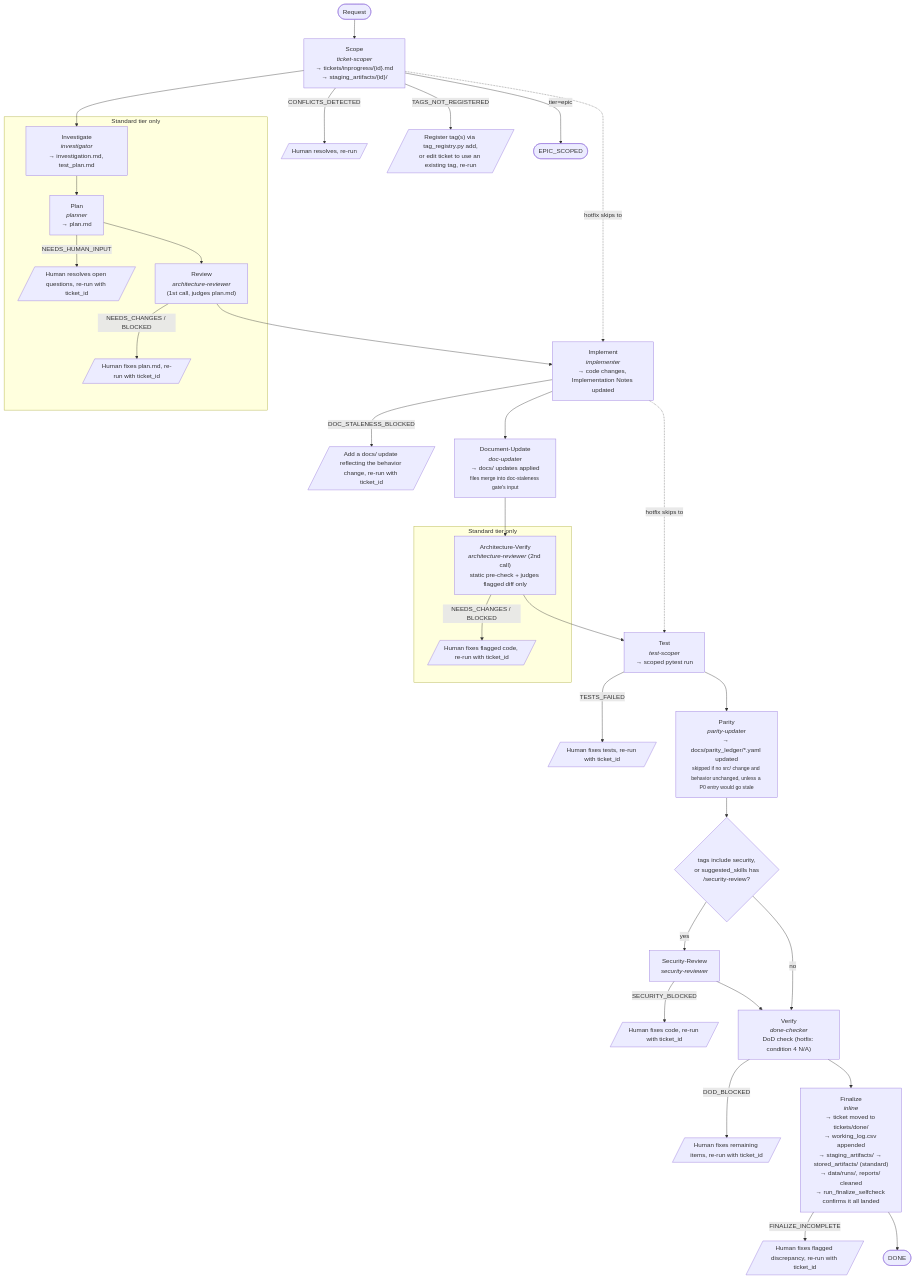
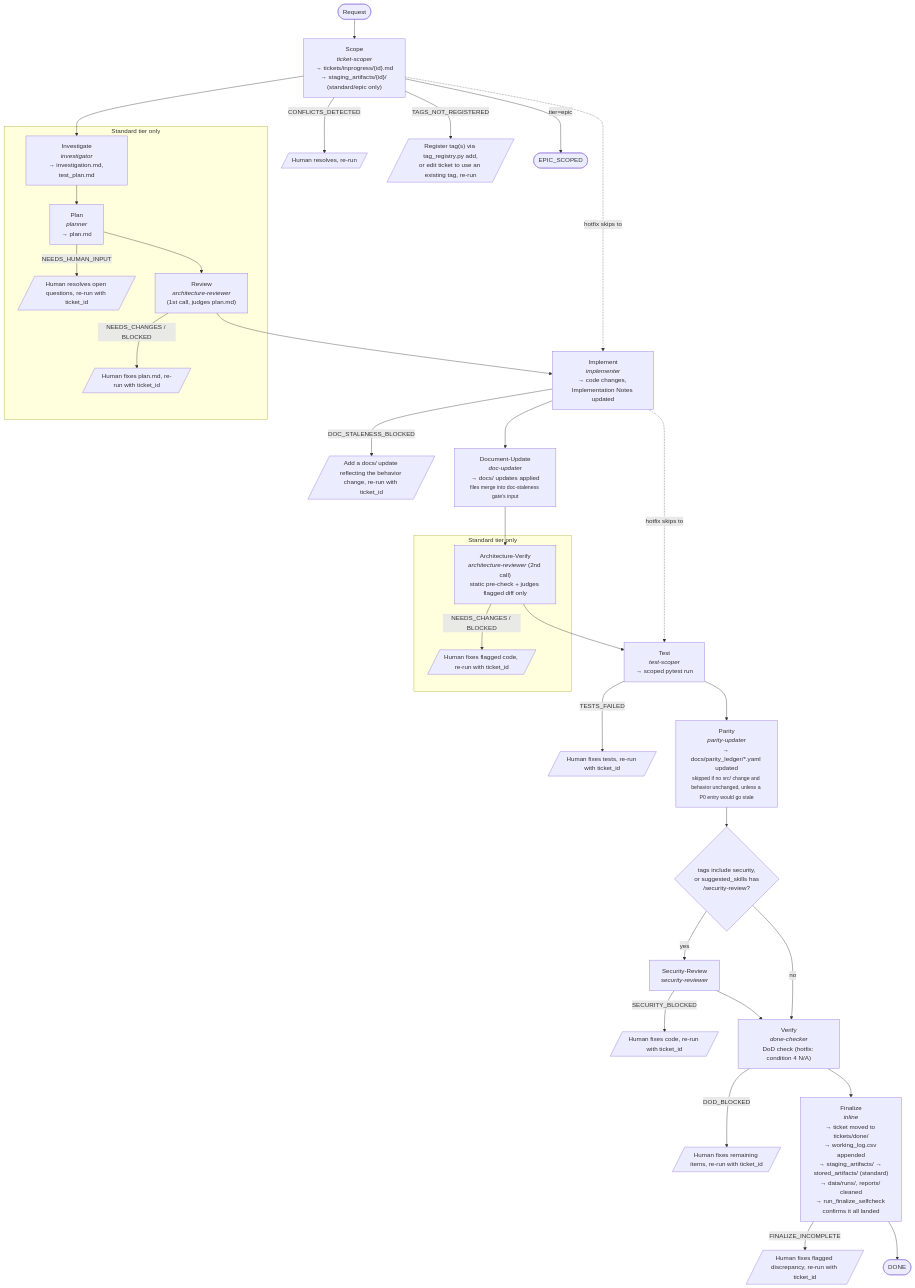
The diagram in docs/ai/ticket-lifecycle.md (ttnhan18062000/rpg-based-simulation), drawn with Mermaid before and after one commit. The commit also changed other lines of this file and 7 other files, not shown here.

First line of the commit message:
TCK-20260824-HOTFIX-STAGING-DIR-SCOPE-GAP: make Scope's staging-dir creation tier-conditional

````diff
--- a/docs/ai/ticket-lifecycle.md
+++ b/docs/ai/ticket-lifecycle.md
@@ -36,55 +36,55 @@
 ```mermaid
 flowchart TD
     Start([Request]) --> Scope
 
-    Scope["Scope<br/><i>ticket-scoper</i><br/>→ tickets/inprogress/{id}.md<br/>→ staging_artifacts/{id}/"]
+    Scope["Scope<br/><i>ticket-scoper</i><br/>→ tickets/inprogress/{id}.md<br/>→ staging_artifacts/{id}/ (standard/epic only)"]
     Scope -- CONFLICTS_DETECTED --> ScopeFix[/"Human resolves, re-run"/]
     Scope -- TAGS_NOT_REGISTERED --> ScopeTagFix[/"Register tag(s) via tag_registry.py add,<br/>or edit ticket to use an existing tag, re-run"/]
     Scope -- "tier=epic" --> EpicDone(["EPIC_SCOPED"])
     Scope --> Investigate
 
     subgraph StandardOnly ["Standard tier only"]
         Investigate["Investigate<br/><i>investigator</i><br/>→ investigation.md, test_plan.md"] --> Plan
         Plan["Plan<br/><i>planner</i><br/>→ plan.md"]
         Plan -- NEEDS_HUMAN_INPUT --> PlanFix[/"Human resolves open questions, re-run with ticket_id"/]
         Plan --> Review
         Review["Review<br/><i>architecture-reviewer</i><br/>(1st call, judges plan.md)"]
         Review -- "NEEDS_CHANGES / BLOCKED" --> ReviewFix[/"Human fixes plan.md, re-run with ticket_id"/]
     end
 
     Review --> Implement
     Scope -. "hotfix skips to" .-> Implement
 
     Implement["Implement<br/><i>implementer</i><br/>→ code changes, Implementation Notes updated"]
     Implement -- DOC_STALENESS_BLOCKED --> DocStalenessFix[/"Add a docs/ update reflecting the behavior change, re-run with ticket_id"/]
     Implement --> DocUpdate
 
     DocUpdate["Document-Update<br/><i>doc-updater</i><br/>→ docs/ updates applied<br/><small>files merge into doc-staleness gate's input</small>"] --> ArchVerify
 
     subgraph StandardOnly2 ["Standard tier only"]
         ArchVerify["Architecture-Verify<br/><i>architecture-reviewer</i> (2nd call)<br/>static pre-check + judges flagged diff only"]
         ArchVerify -- "NEEDS_CHANGES / BLOCKED" --> ArchVerifyFix[/"Human fixes flagged code, re-run with ticket_id"/]
     end
 
     ArchVerify --> Test
     Implement -. "hotfix skips to" .-> Test
 
     Test["Test<br/><i>test-scoper</i><br/>→ scoped pytest run"]
     Test -- TESTS_FAILED --> TestFix[/"Human fixes tests, re-run with ticket_id"/]
     Test --> Parity
 
     Parity["Parity<br/><i>parity-updater</i><br/>→ docs/parity_ledger/*.yaml updated<br/><small>skipped if no src/ change and behavior unchanged, unless a P0 entry would go stale</small>"] --> SecurityCheck{"tags include security,<br/>or suggested_skills has<br/>/security-review?"}
 
     SecurityCheck -- yes --> Security["Security-Review<br/><i>security-reviewer</i>"]
     Security -- SECURITY_BLOCKED --> SecurityFix[/"Human fixes code, re-run with ticket_id"/]
     Security --> Verify
     SecurityCheck -- no --> Verify
 
     Verify["Verify<br/><i>done-checker</i><br/>DoD check (hotfix: condition 4 N/A)"]
     Verify -- DOD_BLOCKED --> VerifyFix[/"Human fixes remaining items, re-run with ticket_id"/]
     Verify --> Finalize
 
     Finalize["Finalize<br/><i>inline</i><br/>→ ticket moved to tickets/done/<br/>→ working_log.csv appended<br/>→ staging_artifacts/ → stored_artifacts/ (standard)<br/>→ data/runs/, reports/ cleaned<br/>→ run_finalize_selfcheck confirms it all landed"]
     Finalize -- FINALIZE_INCOMPLETE --> FinalizeFix[/"Human fixes flagged discrepancy, re-run with ticket_id"/]
     Finalize --> Done(["DONE"])
 ```
````
